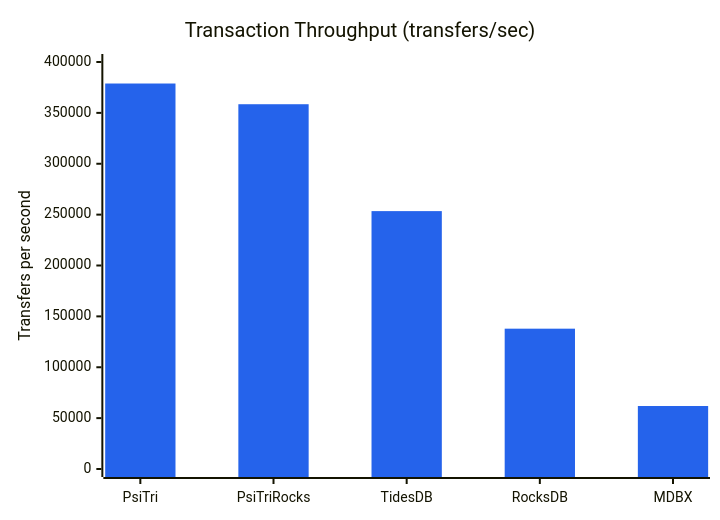
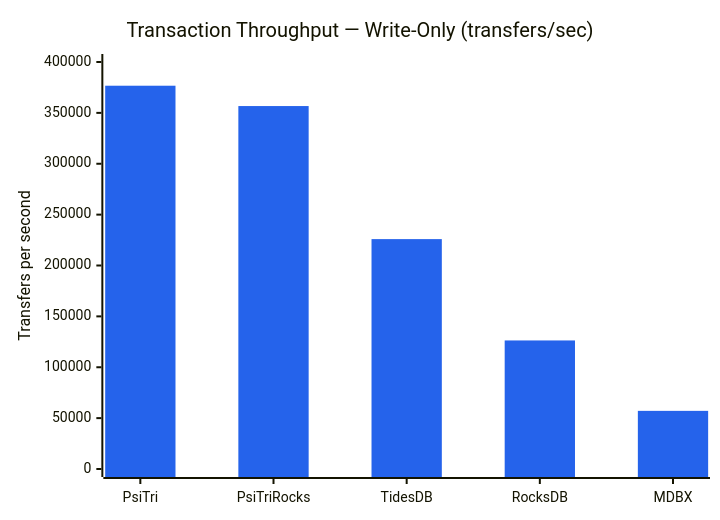
Before and after one commit to gofractally/arbtrie: the first of 8 diagrams in programs/BANK_BENCHMARK.md, drawn with Mermaid. The commit also changed other lines of this file and 1 other file, not shown here.

````diff
--- a/programs/BANK_BENCHMARK.md
+++ b/programs/BANK_BENCHMARK.md
@@ -45,8 +45,8 @@
 ```mermaid
 %%{init: {'theme': 'base', 'themeVariables': {'xyChart': {'plotColorPalette': '#2563EB'}}}}%%
 xychart-beta
-    title "Transaction Throughput (transfers/sec)"
+    title "Transaction Throughput — Write-Only (transfers/sec)"
     x-axis ["PsiTri", "PsiTriRocks", "TidesDB", "RocksDB", "MDBX"]
     y-axis "Transfers per second" 0 --> 400000
-    bar [378849, 358499, 253449, 137906, 61902]
+    bar [376691, 356703, 225937, 126341, 57138]
 ```
````
